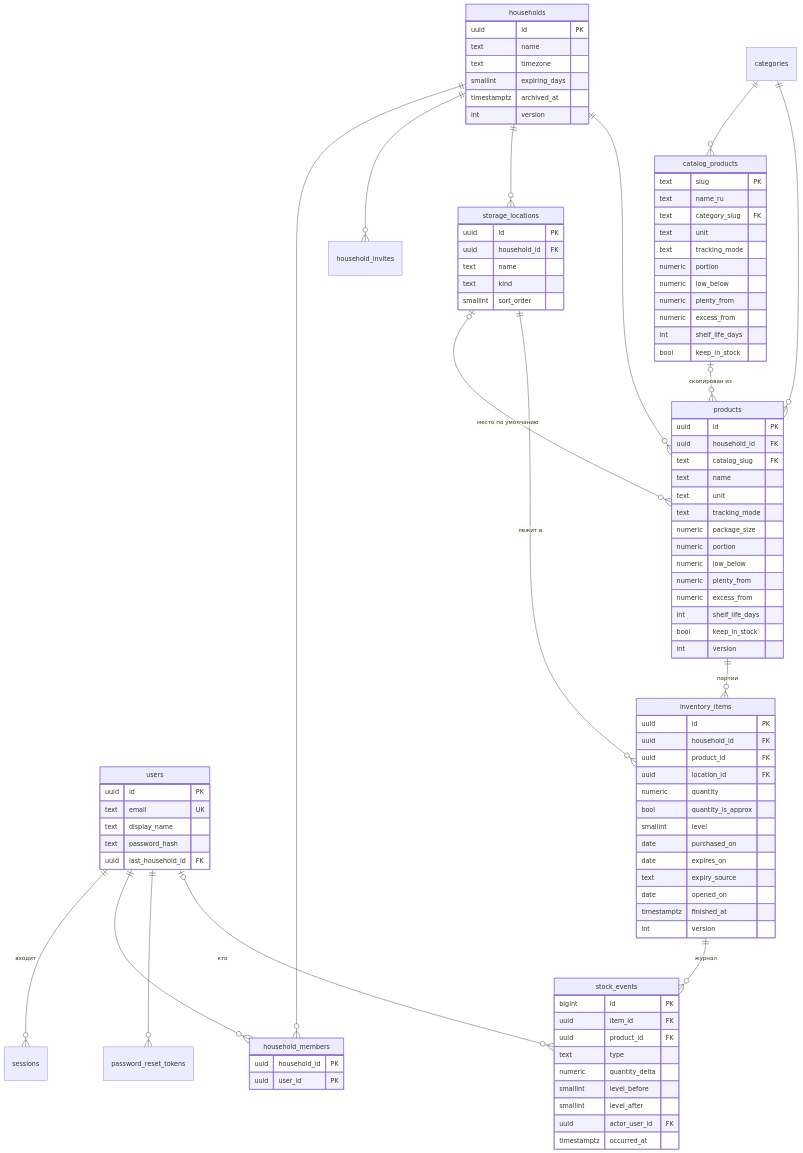
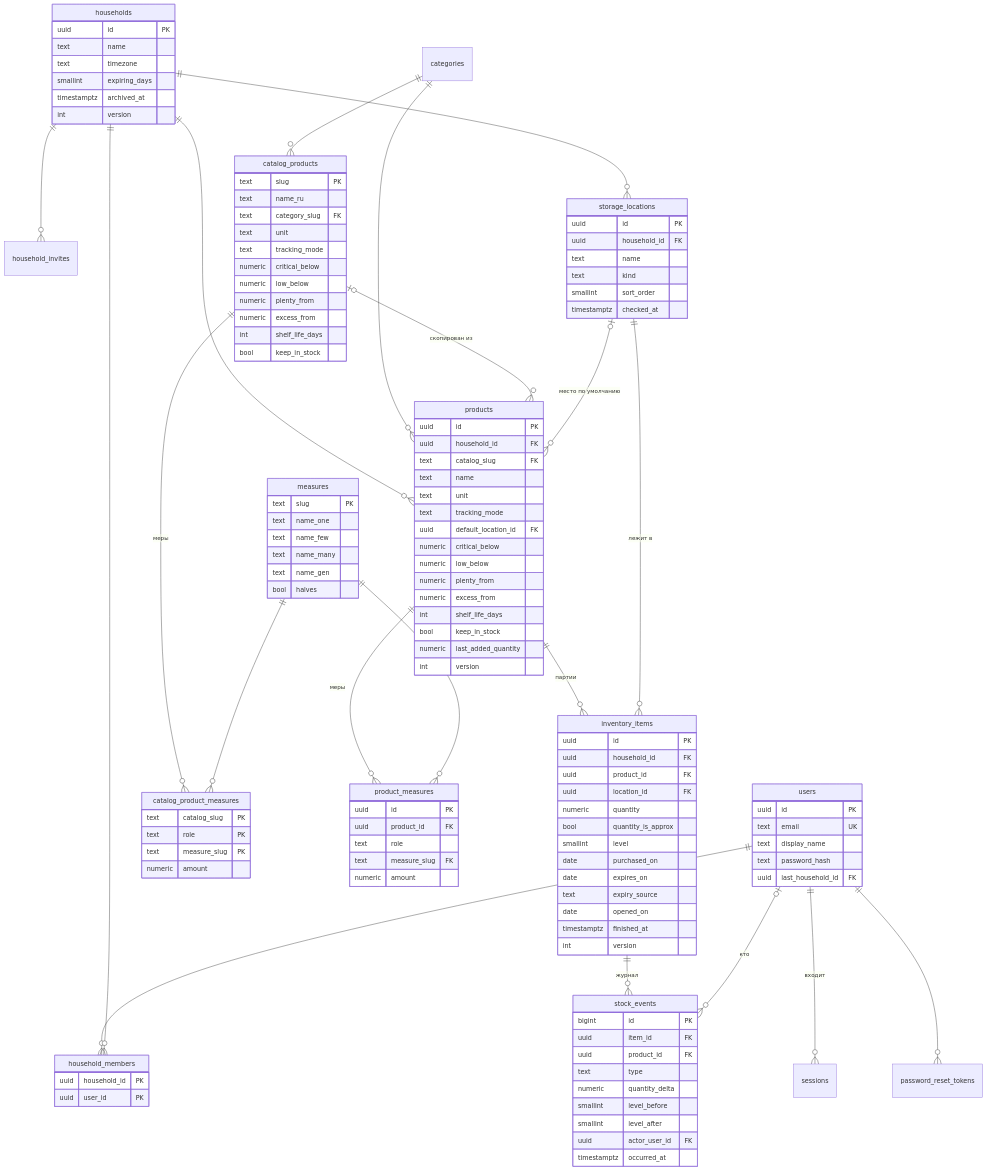
Before and after one commit to kvadratI4/zakroma: the diagram in docs/04-data-model.md, drawn with Mermaid. The commit also changed other lines of this file and 27 other files, not shown here.

```diff
--- a/docs/04-data-model.md
+++ b/docs/04-data-model.md
@@ -14,6 +30,10 @@
     households ||--o{ storage_locations : ""
     households ||--o{ products : ""
     categories ||--o{ catalog_products : ""
+    catalog_products ||--o{ catalog_product_measures : "меры"
+    measures ||--o{ catalog_product_measures : ""
+    products ||--o{ product_measures : "меры"
+    measures ||--o{ product_measures : ""
     categories ||--o{ products : ""
     catalog_products |o--o{ products : "скопирован из"
     storage_locations |o--o{ products : "место по умолчанию"
@@ -47,6 +67,28 @@
         text name
         text kind
         smallint sort_order
+        timestamptz checked_at
+    }
+    measures {
+        text slug PK
+        text name_one
+        text name_few
+        text name_many
+        text name_gen
+        bool halves
+    }
+    catalog_product_measures {
+        text catalog_slug PK
+        text role PK
+        text measure_slug PK
+        numeric amount
+    }
+    product_measures {
+        uuid id PK
+        uuid product_id FK
+        text role
+        text measure_slug FK
+        numeric amount
     }
     catalog_products {
         text slug PK
@@ -54,7 +96,7 @@
         text category_slug FK
         text unit
         text tracking_mode
-        numeric portion
+        numeric critical_below
         numeric low_below
         numeric plenty_from
         numeric excess_from
@@ -68,13 +110,14 @@
         text name
         text unit
         text tracking_mode
-        numeric package_size
-        numeric portion
+        uuid default_location_id FK
+        numeric critical_below
         numeric low_below
         numeric plenty_from
         numeric excess_from
         int shelf_life_days
         bool keep_in_stock
+        numeric last_added_quantity
         int version
     }
     inventory_items {
```
